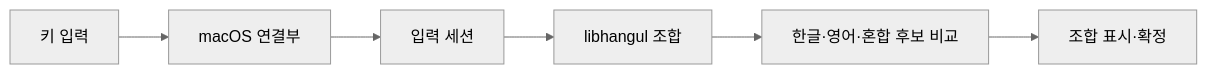
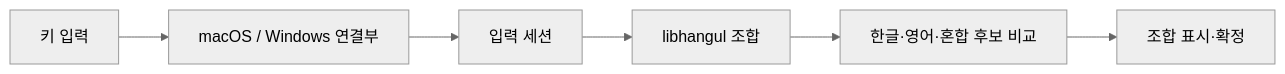
One commit to TylerShin/amu changed the diagram in README.md. Above: the diagram before and after it, drawn with Mermaid (neutral theme). The commit also changed other lines of this file and 44 other files, not shown here.

````diff
--- a/README.md
+++ b/README.md
@@ -73,8 +76,8 @@
 ```mermaid
 flowchart LR
-    Key[키 입력] --> Platform[macOS 연결부]
+    Key[키 입력] --> Platform[macOS / Windows 연결부]
     Platform --> Session[입력 세션]
     Session --> Hangul[libhangul 조합]
     Hangul --> Decoder[한글·영어·혼합 후보 비교]
     Decoder --> Display[조합 표시·확정]
 ```
````
